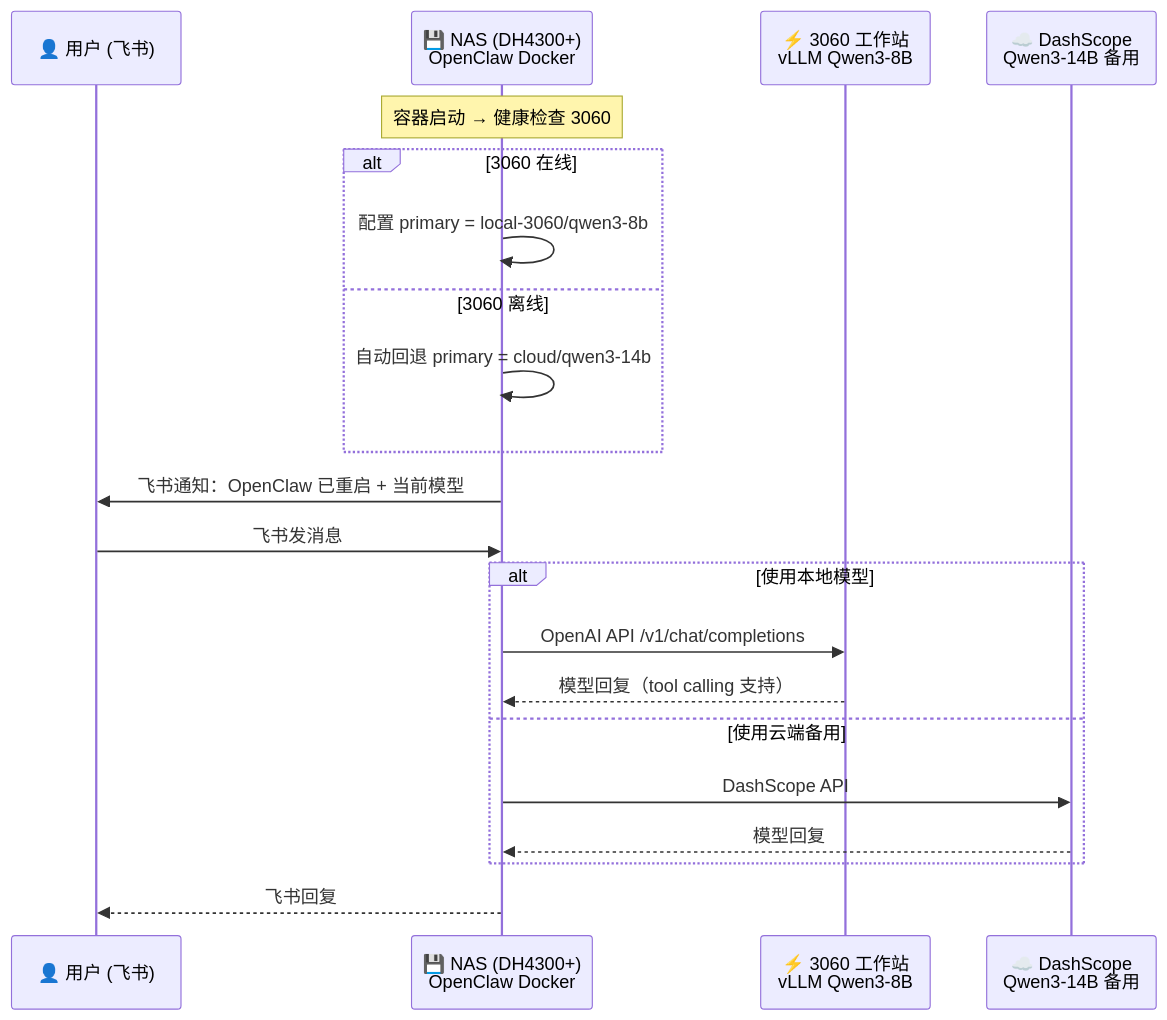
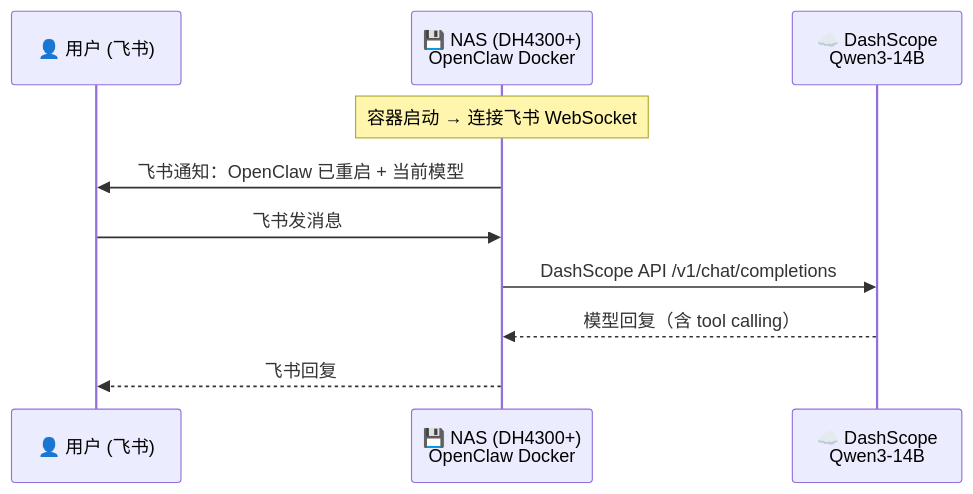
The second of 2 diagrams in README.md (chenweidu666/OpenClaw-Private-AI), drawn with Mermaid before and after one commit. The commit also changed other lines of this file and 2 other files, not shown here.

First line of the commit message:
docs: 添加 OpenClaw 优缺点评估 + Token 成本分析，记录暂停决定

````diff
--- a/README.md
+++ b/README.md
@@ -62,25 +50,14 @@
 ```mermaid
 sequenceDiagram
     participant U as 👤 用户 (飞书)
     participant N as 💾 NAS (DH4300+)<br/>OpenClaw Docker
-    participant G as ⚡ 3060 工作站<br/>vLLM Qwen3-8B
-    participant C as ☁️ DashScope<br/>Qwen3-14B 备用
+    participant C as ☁️ DashScope<br/>Qwen3-14B
 
-    Note over N: 容器启动 → 健康检查 3060
-    alt 3060 在线
-        N->>N: 配置 primary = local-3060/qwen3-8b
-    else 3060 离线
-        N->>N: 自动回退 primary = cloud/qwen3-14b
-    end
+    Note over N: 容器启动 → 连接飞书 WebSocket
     N->>U: 飞书通知：OpenClaw 已重启 + 当前模型
 
     U->>N: 飞书发消息
-    alt 使用本地模型
-        N->>G: OpenAI API /v1/chat/completions
-        G-->>N: 模型回复（tool calling 支持）
-    else 使用云端备用
-        N->>C: DashScope API
-        C-->>N: 模型回复
-    end
+    N->>C: DashScope API /v1/chat/completions
+    C-->>N: 模型回复（含 tool calling）
     N-->>U: 飞书回复
 ```
````
